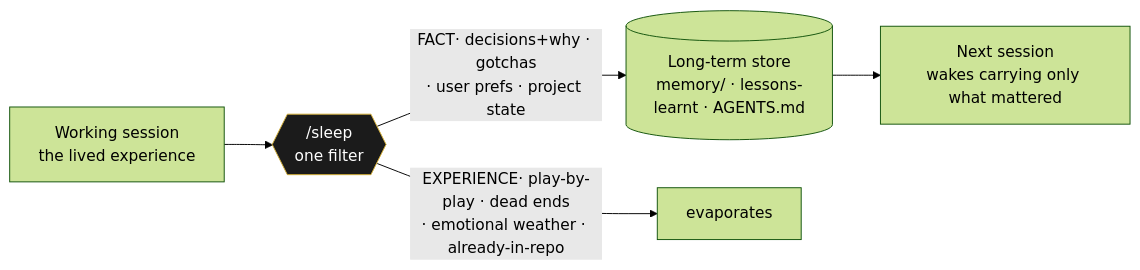
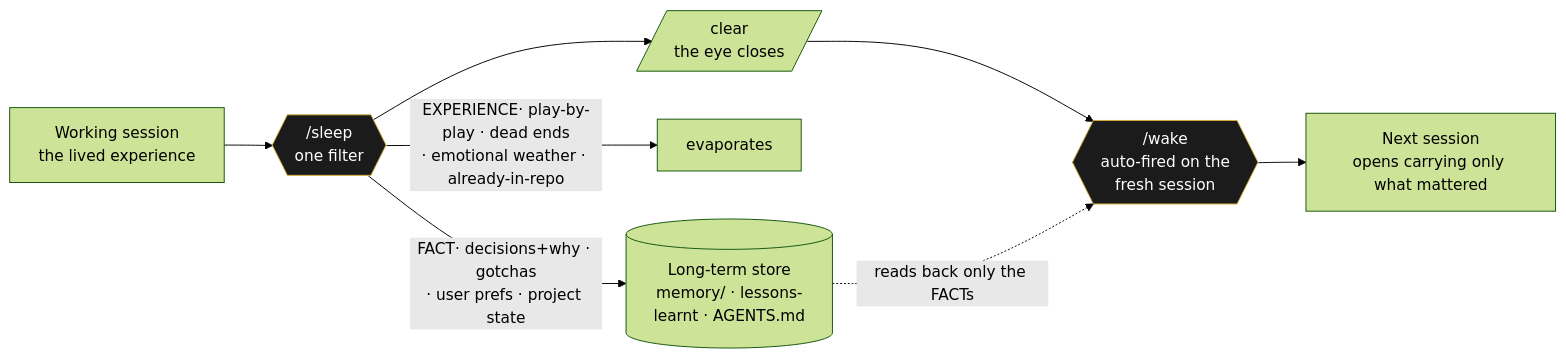
Diagram 11 of 11 in docs/TECHNOLOGY.md (ajgreyling/arjuna-badger-press), drawn with Mermaid (forest theme) before and after one commit. The commit also changed other lines of this file and 1 other file, not shown here.

First line of the commit message:
Document /sleep⇄/wake cycle; link Afrikaans poes page to Buabantu tech + CongoSky

````diff
--- a/docs/TECHNOLOGY.md
+++ b/docs/TECHNOLOGY.md
@@ -586,9 +589,13 @@
 ```mermaid
 flowchart LR
     S[Working session<br/>the lived experience] --> Q{{/sleep<br/>one filter}}
     Q -->|FACT· decisions+why · gotchas<br/>· user prefs · project state| M[(Long-term store<br/>memory/ · lessons-learnt · AGENTS.md)]
     Q -->|EXPERIENCE· play-by-play · dead ends<br/>· emotional weather · already-in-repo| X[evaporates]
-    M --> N[Next session<br/>wakes carrying only what mattered]
+    Q --> C[/clear<br/>the eye closes/]
+    C --> W{{/wake<br/>auto-fired on the<br/>fresh session}}
+    M -.->|reads back only the FACTs| W
+    W --> N[Next session<br/>opens carrying only what mattered]
     classDef gate fill:#1b1b1b,stroke:#d4af37,color:#fff;
     class Q gate;
+    class W gate;
 ```
````
